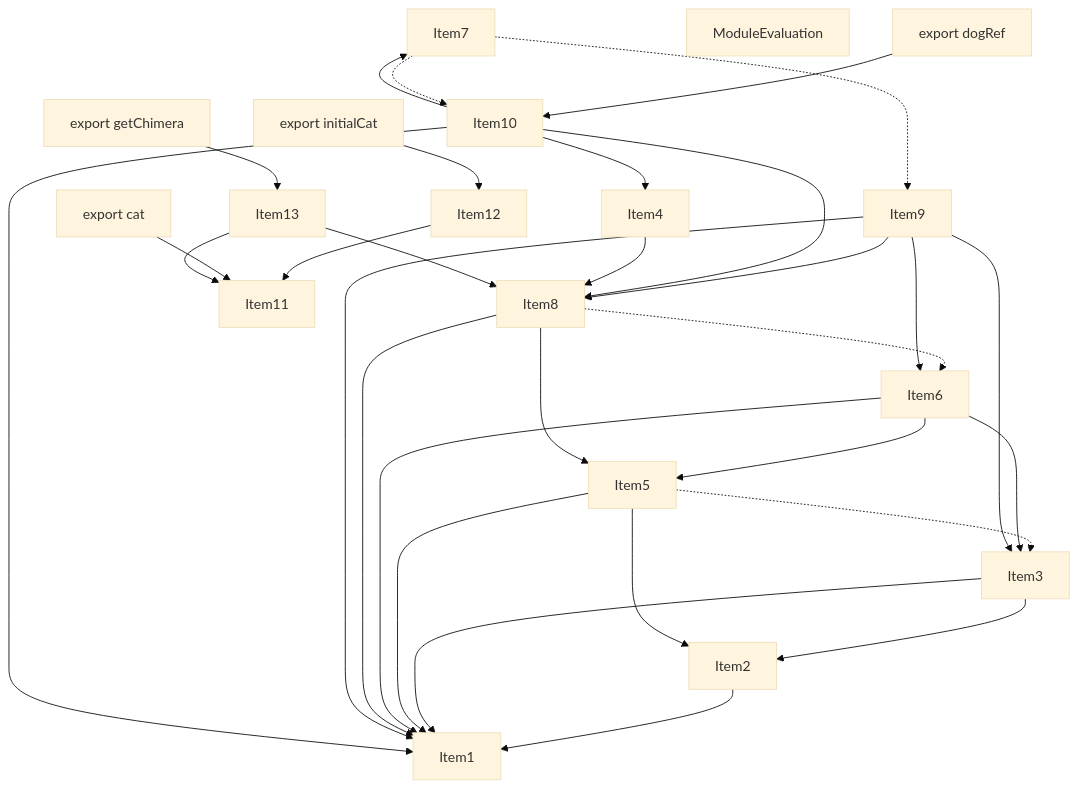
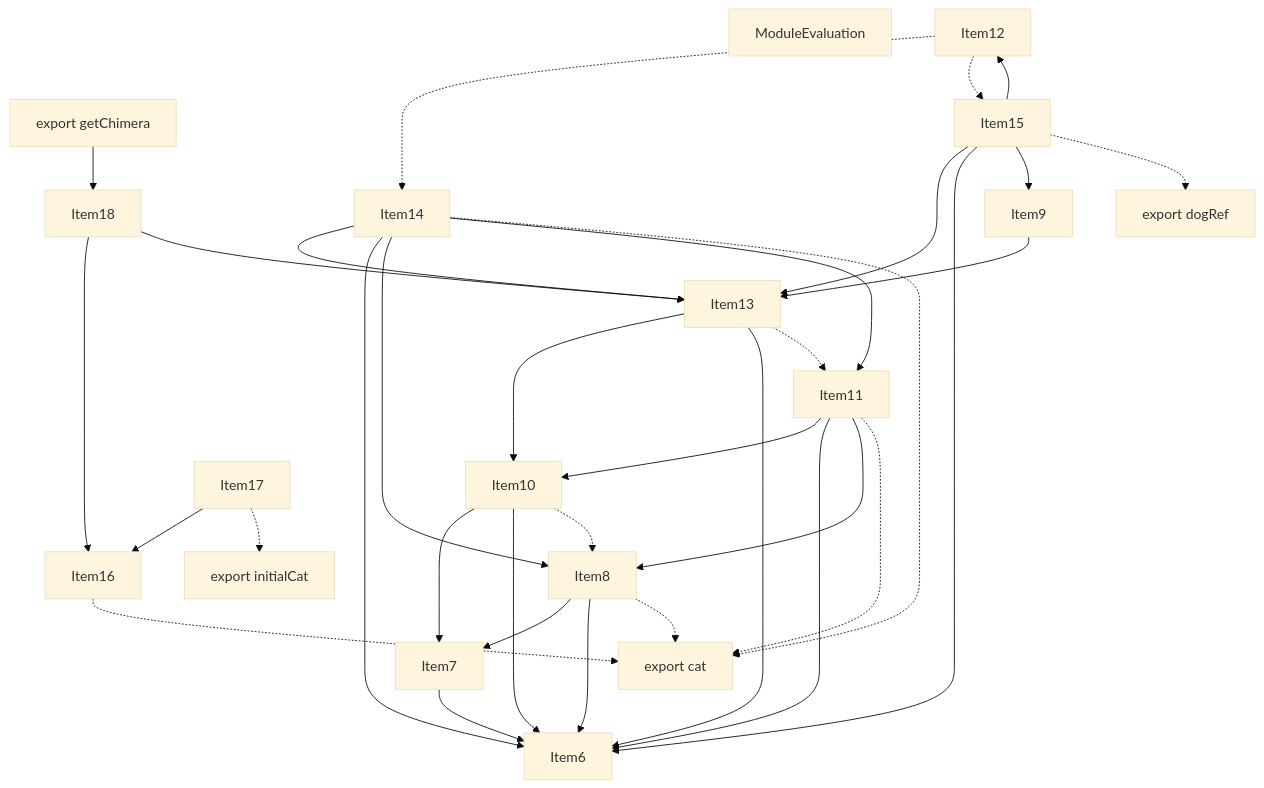
One commit to vercel/turborepo changed the third of 5 diagrams in crates/turbopack-ecmascript/tests/tree-shaker/analyzer/complex/output.md. Above: the diagram before and after it, drawn with Mermaid (base theme). The commit also changed other lines of this file and 24 other files, not shown here.

````diff
--- a/crates/turbopack-ecmascript/tests/tree-shaker/analyzer/complex/output.md
+++ b/crates/turbopack-ecmascript/tests/tree-shaker/analyzer/complex/output.md
@@ -233,56 +236,59 @@
 ```mermaid
 graph TD
     Item1;
+    Item1["ModuleEvaluation"];
     Item2;
+    Item2["export cat"];
     Item3;
+    Item3["export dogRef"];
     Item4;
+    Item4["export getChimera"];
     Item5;
+    Item5["export initialCat"];
     Item6;
     Item7;
     Item8;
     Item9;
     Item10;
     Item11;
     Item12;
     Item13;
     Item14;
-    Item14["ModuleEvaluation"];
     Item15;
-    Item15["export dogRef"];
     Item16;
-    Item16["export cat"];
     Item17;
-    Item17["export initialCat"];
     Item18;
-    Item18["export getChimera"];
-    Item2 --> Item1;
-    Item3 --> Item2;
-    Item3 --> Item1;
-    Item5 --> Item2;
-    Item5 --> Item1;
-    Item5 -.-> Item3;
-    Item6 --> Item5;
-    Item6 --> Item1;
-    Item6 --> Item3;
-    Item8 --> Item5;
-    Item8 --> Item1;
-    Item8 -.-> Item6;
-    Item9 --> Item8;
-    Item9 --> Item1;
-    Item9 --> Item3;
-    Item9 --> Item6;
-    Item10 --> Item8;
-    Item10 --> Item1;
-    Item10 --> Item4;
+    Item4 --> Item18;
+    Item7 --> Item6;
+    Item8 --> Item7;
+    Item8 --> Item6;
+    Item8 -.-> Item2;
     Item10 --> Item7;
-    Item12 --> Item11;
-    Item15 --> Item10;
-    Item16 --> Item11;
-    Item17 --> Item12;
+    Item10 --> Item6;
+    Item10 -.-> Item8;
+    Item11 --> Item10;
+    Item11 --> Item6;
+    Item11 --> Item8;
+    Item11 -.-> Item2;
+    Item13 --> Item10;
+    Item13 --> Item6;
+    Item13 -.-> Item11;
+    Item14 --> Item13;
+    Item14 --> Item6;
+    Item14 --> Item8;
+    Item14 --> Item11;
+    Item14 -.-> Item2;
+    Item15 --> Item13;
+    Item15 --> Item6;
+    Item15 --> Item9;
+    Item15 --> Item12;
+    Item15 -.-> Item3;
+    Item16 -.-> Item2;
+    Item17 --> Item16;
+    Item17 -.-> Item5;
+    Item9 --> Item13;
+    Item12 -.-> Item14;
+    Item12 -.-> Item15;
+    Item18 --> Item16;
     Item18 --> Item13;
-    Item4 --> Item8;
-    Item7 -.-> Item9;
-    Item7 -.-> Item10;
-    Item13 --> Item11;
-    Item13 --> Item8;
 ```
````
